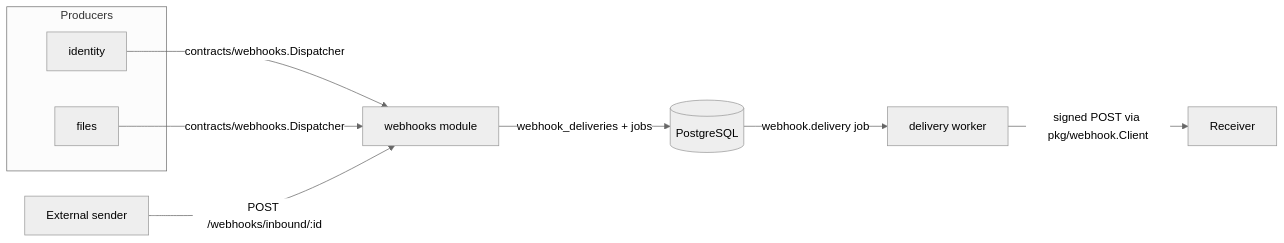
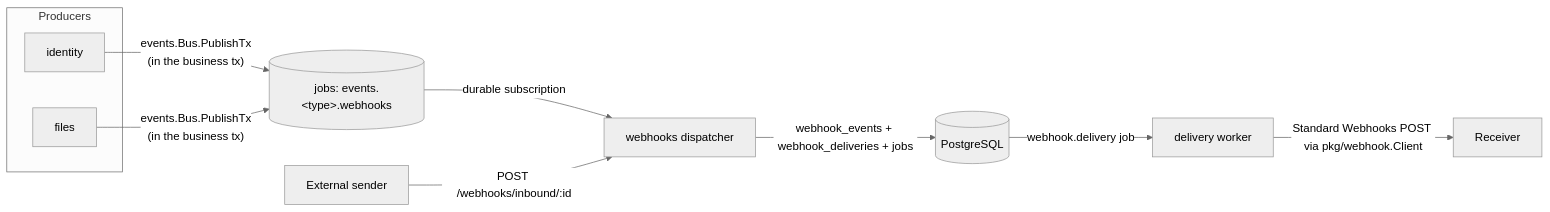
The first of 5 diagrams in docs/webhooks.md (chuanghiduoc/fiber-golang-boilerplate), drawn with Mermaid (neutral theme) before and after one commit. The commit also changed other lines of this file and 87 other files, not shown here.

First line of the commit message:
feat(events): versioned envelope, Standard Webhooks, idempotency 422

````diff
--- a/docs/webhooks.md
+++ b/docs/webhooks.md
@@ -12,12 +16,13 @@
 ```mermaid
 flowchart LR
     subgraph Producers
         ID[identity]
         FI[files]
     end
-    ID & FI -->|"contracts/webhooks.Dispatcher"| WH[webhooks module]
-    WH -->|"webhook_deliveries + jobs"| PG[(PostgreSQL)]
+    ID & FI -->|"events.Bus.PublishTx<br/>(in the business tx)"| BUS[(jobs: events.&lt;type&gt;.webhooks)]
+    BUS -->|"durable subscription"| WH[webhooks dispatcher]
+    WH -->|"webhook_events + webhook_deliveries + jobs"| PG[(PostgreSQL)]
     PG -->|"webhook.delivery job"| DW[delivery worker]
-    DW -->|"signed POST via pkg/webhook.Client"| RX[Receiver]
+    DW -->|"Standard Webhooks POST via pkg/webhook.Client"| RX[Receiver]
     EXT[External sender] -->|"POST /webhooks/inbound/:id"| WH
 ```
````
